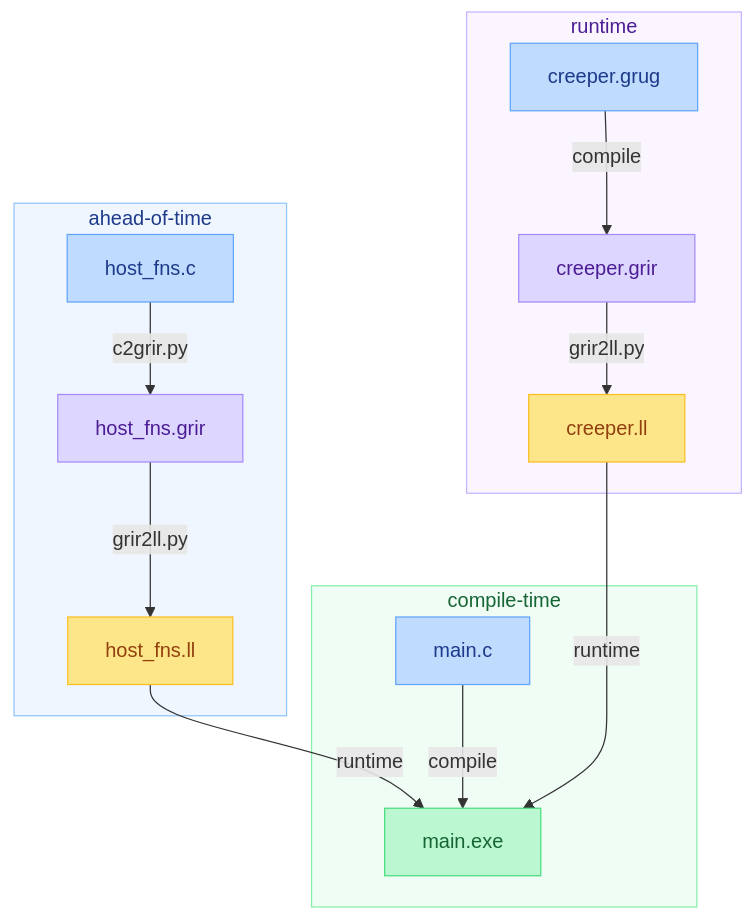
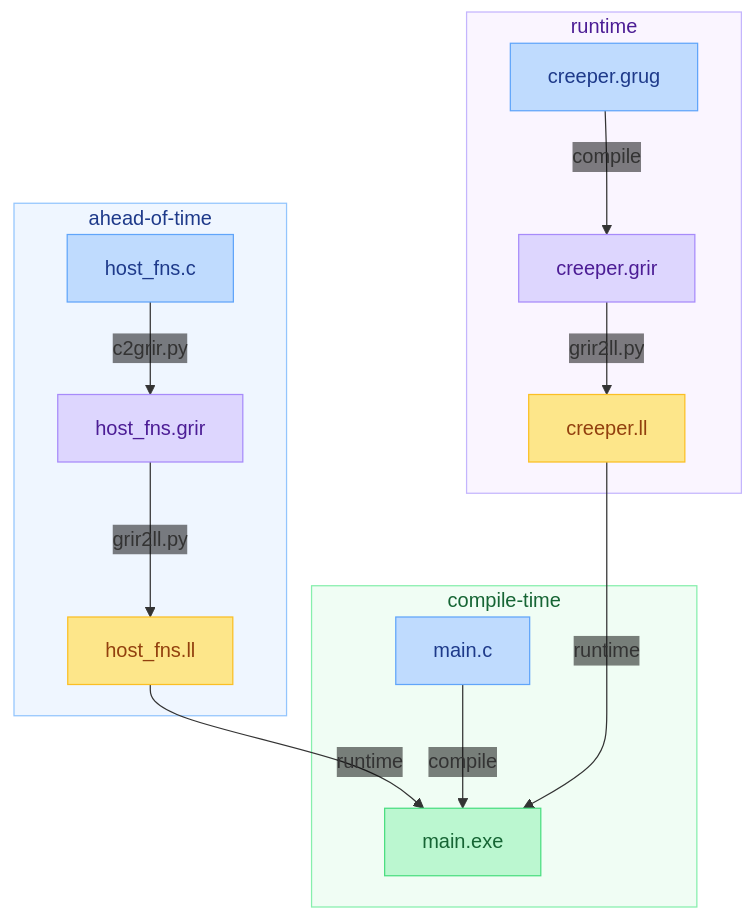
One commit to grug-lang/grug-ir changed the diagram in README.md. Above: the diagram before and after it, drawn with Mermaid.

Commit message:
docs: soften arrow text background color

````diff
--- a/README.md
+++ b/README.md
@@ -7,23 +7,24 @@
 ```mermaid
+%%{init: {'themeVariables': {'edgeLabelBackground': 'transparent'}}}%%
 graph TD
     classDef source fill:#bfdbfe,stroke:#60a5fa,color:#1e3a8a
     classDef grir   fill:#ddd6fe,stroke:#a78bfa,color:#4c1d95
     classDef llir   fill:#fde68a,stroke:#fbbf24,color:#92400e
     classDef binary fill:#bbf7d0,stroke:#4ade80,color:#166534
     subgraph rt[runtime]
         H[creeper.grug]:::source -->|compile| I[creeper.grir]:::grir
         I -->|grir2ll.py| J[creeper.ll]:::llir
     end
     subgraph aot[ahead-of-time]
         A[host_fns.c]:::source -->|c2grir.py| B[host_fns.grir]:::grir
         B -->|grir2ll.py| C[host_fns.ll]:::llir
     end
     subgraph ct[compile-time]
         D[main.c]:::source -->|compile| G[main.exe]:::binary
     end
     H ~~~ A
     C & J -->|runtime| G
     style aot fill:#eff6ff,stroke:#93c5fd,color:#1e3a8a
     style rt  fill:#faf5ff,stroke:#c4b5fd,color:#4c1d95
     style ct  fill:#f0fdf4,stroke:#86efac,color:#166534
 ```
````
